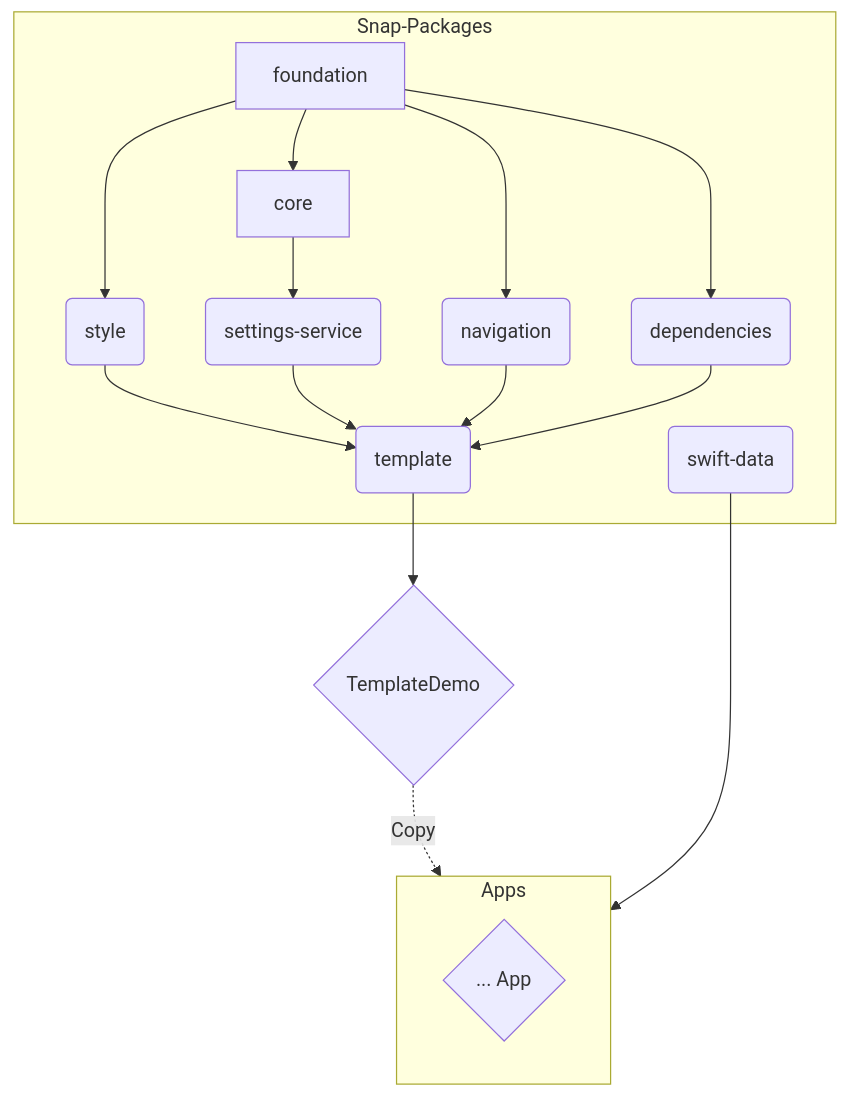
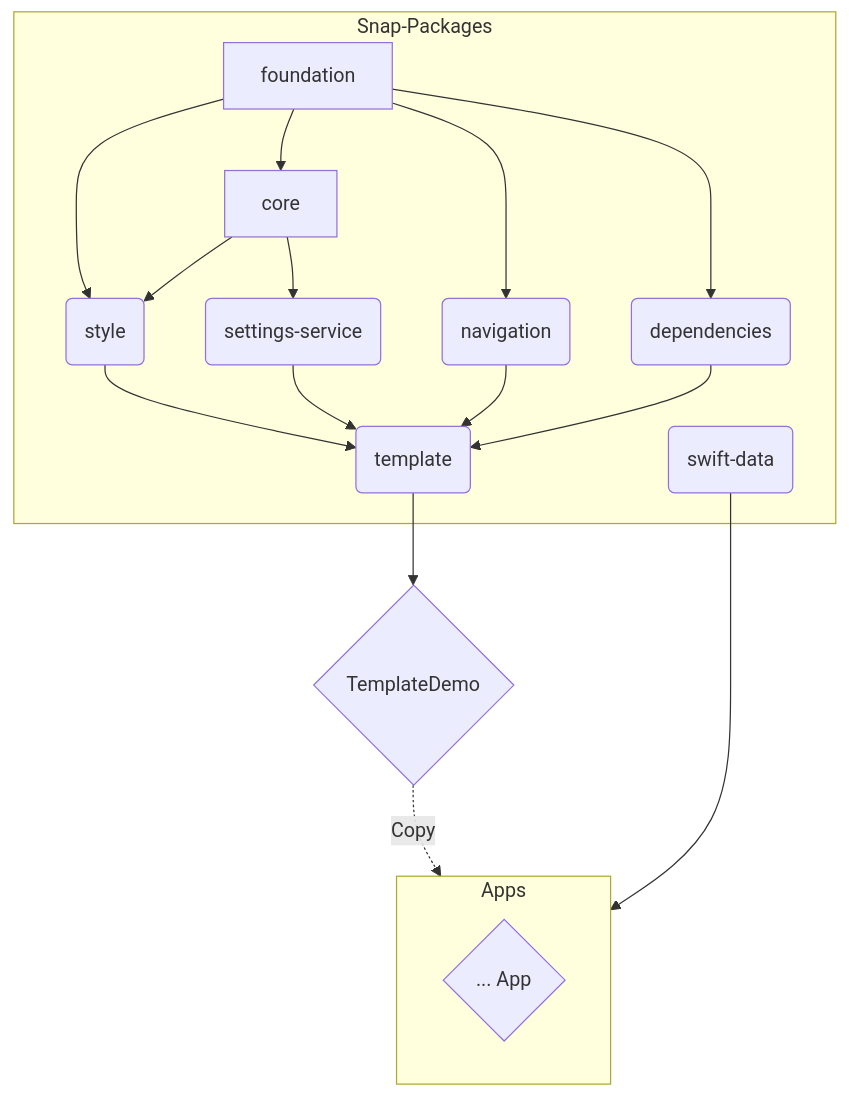
The diagram in README.md (simonnickel/snap), drawn with Mermaid before and after one commit.

Commit message:
Update package graph

````diff
--- a/README.md
+++ b/README.md
@@ -26,37 +26,38 @@
 ```mermaid
 flowchart TD
 
     subgraph Snap-Packages
     C1[foundation]
     C2[core]
     M2(style)
     M3(settings-service)
     M4(navigation)
     M5(dependencies)
     M6(swift-data)
     M1(template)
     end
     
     A1{TemplateDemo}
 
     subgraph Apps
     A3{... App}
     end
 
     C1 --> C2
     C1 --> M2
     C1 --> M4
     C1 --> M5
 
+    C2 --> M2
     C2 --> M3
 
     M2 --> M1
     M3 --> M1
     M4 --> M1
     M5 --> M1
 
     M1 --> A1
 
     A1 -.->|Copy| Apps
     M6 --> Apps
 ```
````
